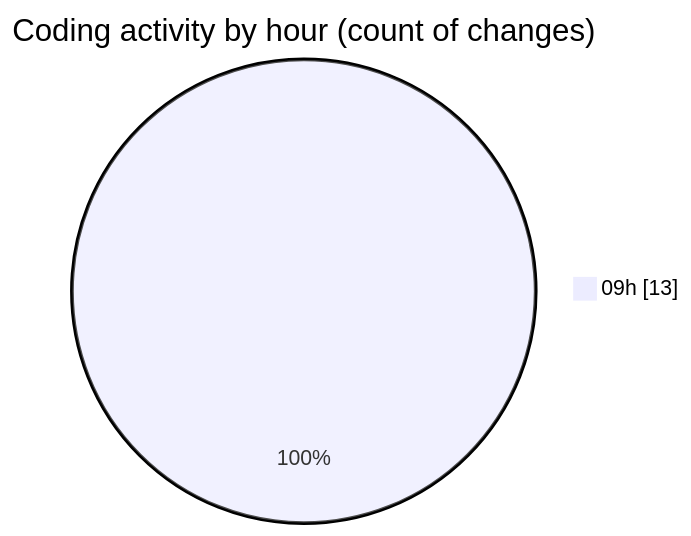
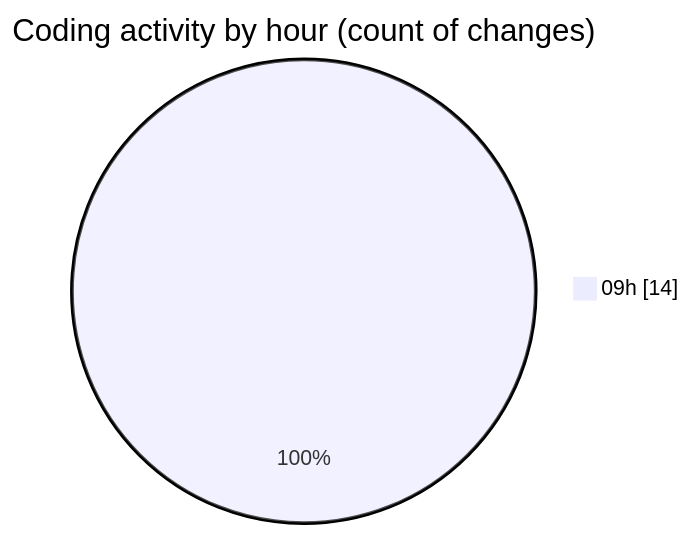
One commit to momahboobian/code-tracking changed the second of 2 diagrams in 2025-10-23/cda/README.md. Above: the diagram before and after it, drawn with Mermaid. The commit also changed other lines of this file and 1 other file, not shown here.

````diff
--- a/2025-10-23/cda/README.md
+++ b/2025-10-23/cda/README.md
@@ -29,5 +29,5 @@
 ```mermaid
 pie showData
 title Coding activity by hour (count of changes)
-"09h" : 13
+"09h" : 14
 ```
````
